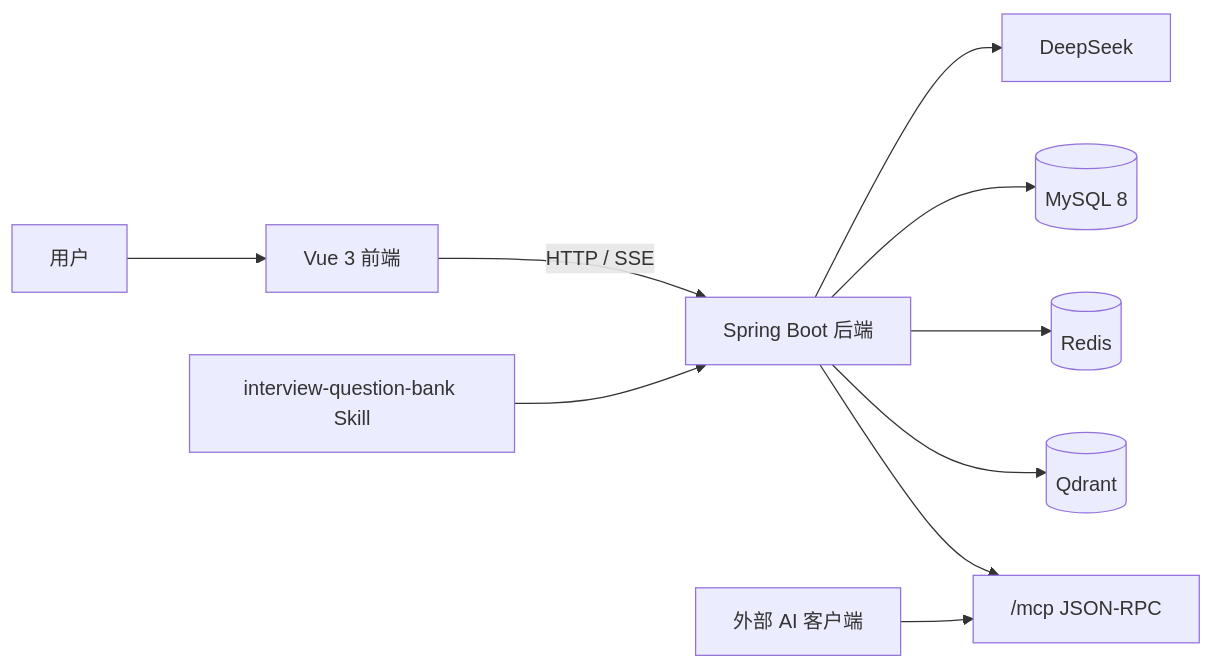
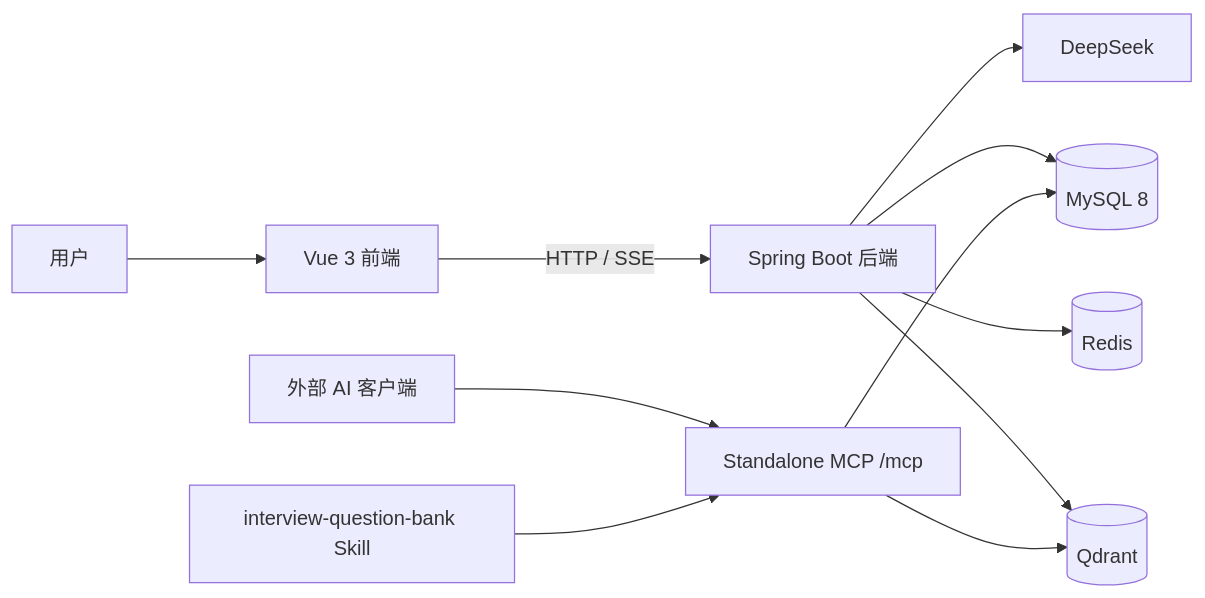
The first of 2 diagrams in README.md (nzy0510/AI-Interview), drawn with Mermaid before and after one commit. The commit also changed other lines of this file and 22 other files, not shown here.

Commit message:
feat: deploy standalone mcp service

````diff
--- a/README.md
+++ b/README.md
@@ -50,12 +50,13 @@
 ```mermaid
 graph LR
     User["用户"] --> Frontend["Vue 3 前端"]
     Frontend -->|"HTTP / SSE"| Backend["Spring Boot 后端"]
     Backend --> LLM["DeepSeek"]
     Backend --> MySQL[("MySQL 8")]
     Backend --> Redis[("Redis")]
     Backend --> Qdrant[("Qdrant")]
-    Backend --> MCP["/mcp JSON-RPC"]
-    Skill["interview-question-bank Skill"] --> Backend
-    External["外部 AI 客户端"] --> MCP
+    External["外部 AI 客户端"] --> MCP["Standalone MCP /mcp"]
+    MCP --> MySQL
+    MCP --> Qdrant
+    Skill["interview-question-bank Skill"] --> MCP
 ```
````
